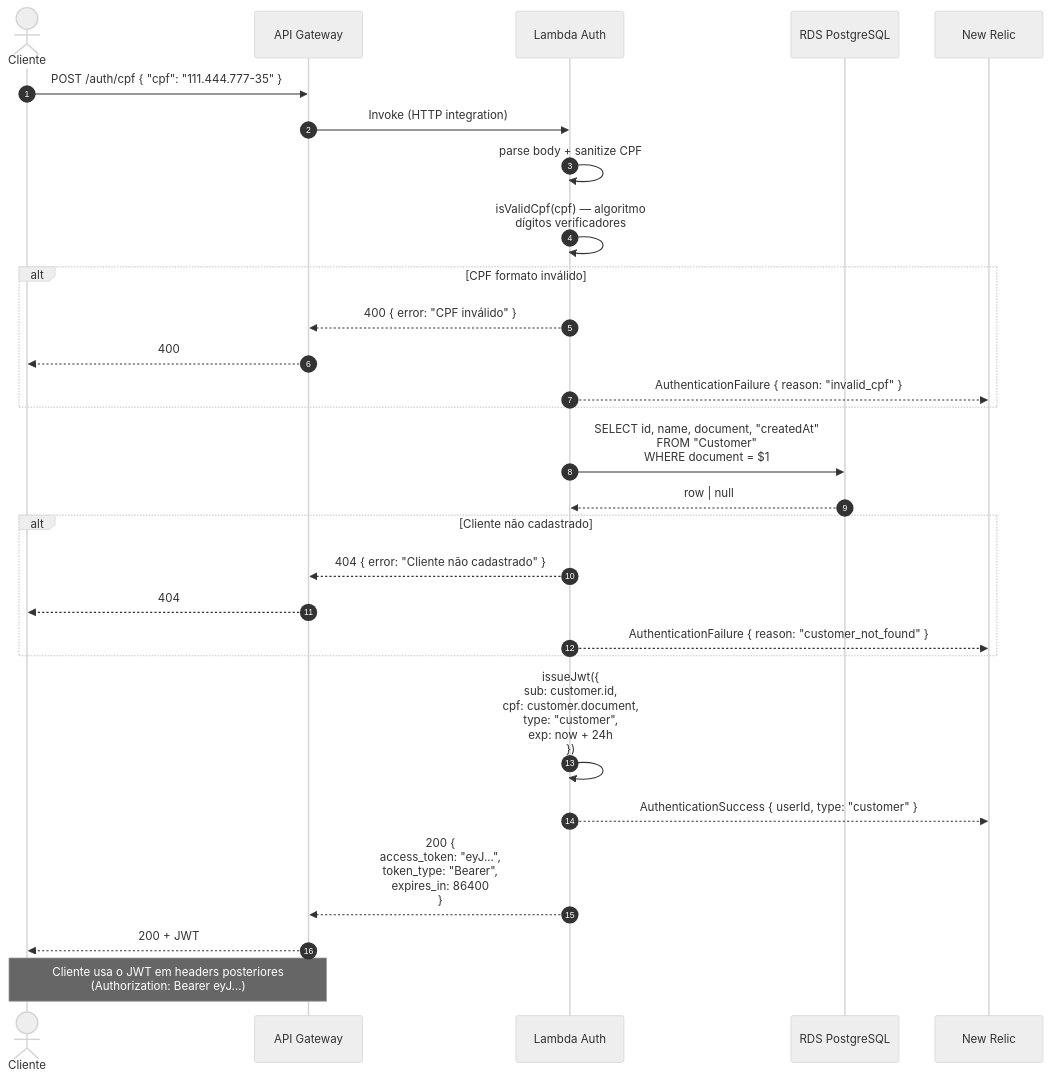
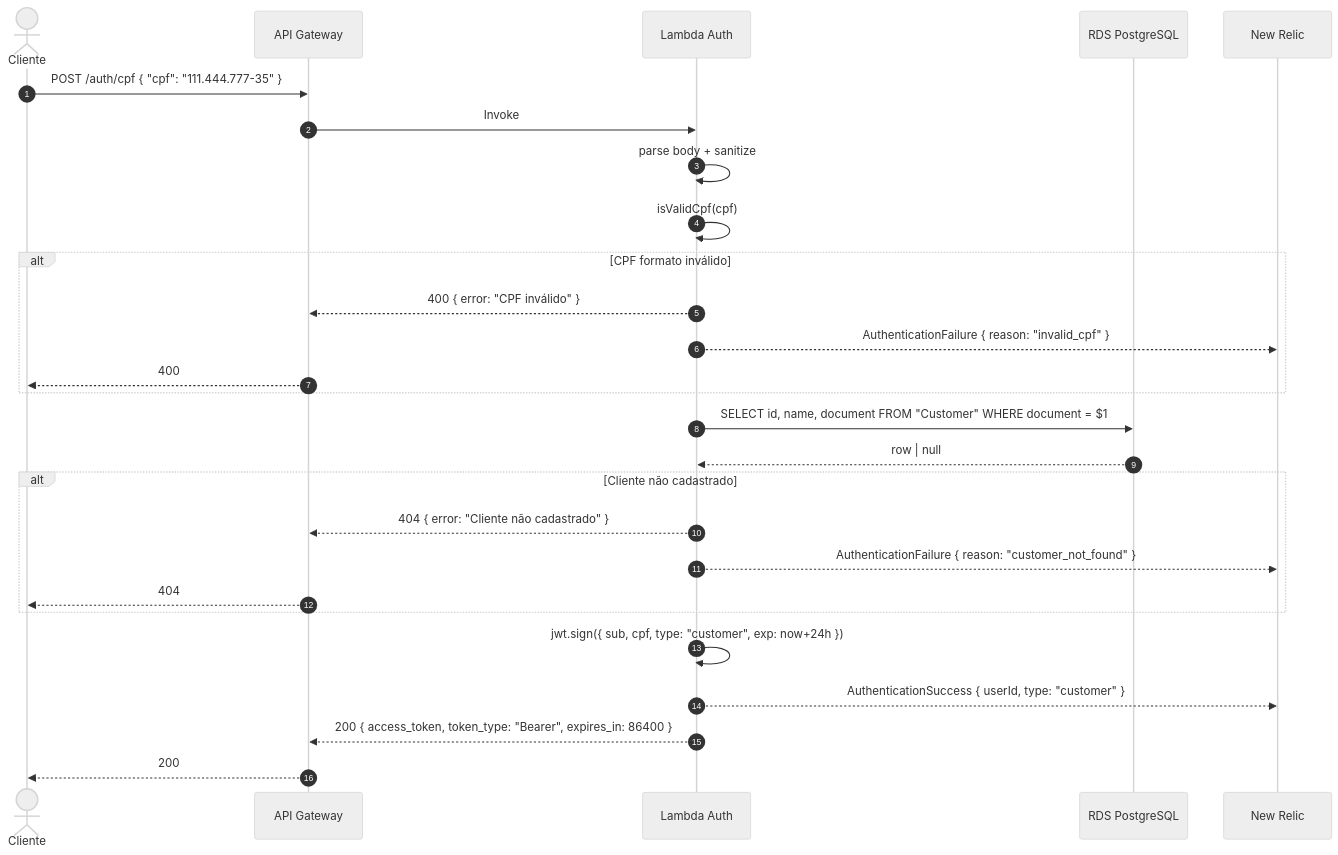
Before and after one commit to JairNunes/repo-app: the diagram in docs/architecture/sequence-auth-cpf.md, drawn with Mermaid (neutral theme). The commit also changed other lines of this file and 18 other files, not shown here.

Commit message:
docs: refactor readme, architecture, rfcs and adrs

````diff
--- a/docs/architecture/sequence-auth-cpf.md
+++ b/docs/architecture/sequence-auth-cpf.md
@@ -5,35 +5,33 @@
 ```mermaid
 sequenceDiagram
     autonumber
     actor C as Cliente
     participant GW as API Gateway
     participant L as Lambda Auth
     participant DB as RDS PostgreSQL
     participant NR as New Relic
 
     C->>GW: POST /auth/cpf { "cpf": "111.444.777-35" }
-    GW->>L: Invoke (HTTP integration)
-    L->>L: parse body + sanitize CPF
-    L->>L: isValidCpf(cpf) — algoritmo<br/>dígitos verificadores
+    GW->>L: Invoke
+    L->>L: parse body + sanitize
+    L->>L: isValidCpf(cpf)
     alt CPF formato inválido
         L-->>GW: 400 { error: "CPF inválido" }
+        L-->>NR: AuthenticationFailure { reason: "invalid_cpf" }
         GW-->>C: 400
-        L-->>NR: AuthenticationFailure { reason: "invalid_cpf" }
     end
 
-    L->>DB: SELECT id, name, document, "createdAt"<br/>FROM "Customer"<br/>WHERE document = $1
+    L->>DB: SELECT id, name, document FROM "Customer" WHERE document = $1
     DB-->>L: row | null
 
     alt Cliente não cadastrado
         L-->>GW: 404 { error: "Cliente não cadastrado" }
+        L-->>NR: AuthenticationFailure { reason: "customer_not_found" }
         GW-->>C: 404
-        L-->>NR: AuthenticationFailure { reason: "customer_not_found" }
     end
 
-    L->>L: issueJwt({<br/>  sub: customer.id,<br/>  cpf: customer.document,<br/>  type: "customer",<br/>  exp: now + 24h<br/>})
+    L->>L: jwt.sign({ sub, cpf, type: "customer", exp: now+24h })
     L-->>NR: AuthenticationSuccess { userId, type: "customer" }
-    L-->>GW: 200 {<br/>  access_token: "eyJ...",<br/>  token_type: "Bearer",<br/>  expires_in: 86400<br/>}
-    GW-->>C: 200 + JWT
-
-    Note over C,GW: Cliente usa o JWT em headers posteriores<br/>(Authorization: Bearer eyJ...)
+    L-->>GW: 200 { access_token, token_type: "Bearer", expires_in: 86400 }
+    GW-->>C: 200
 ```
````
